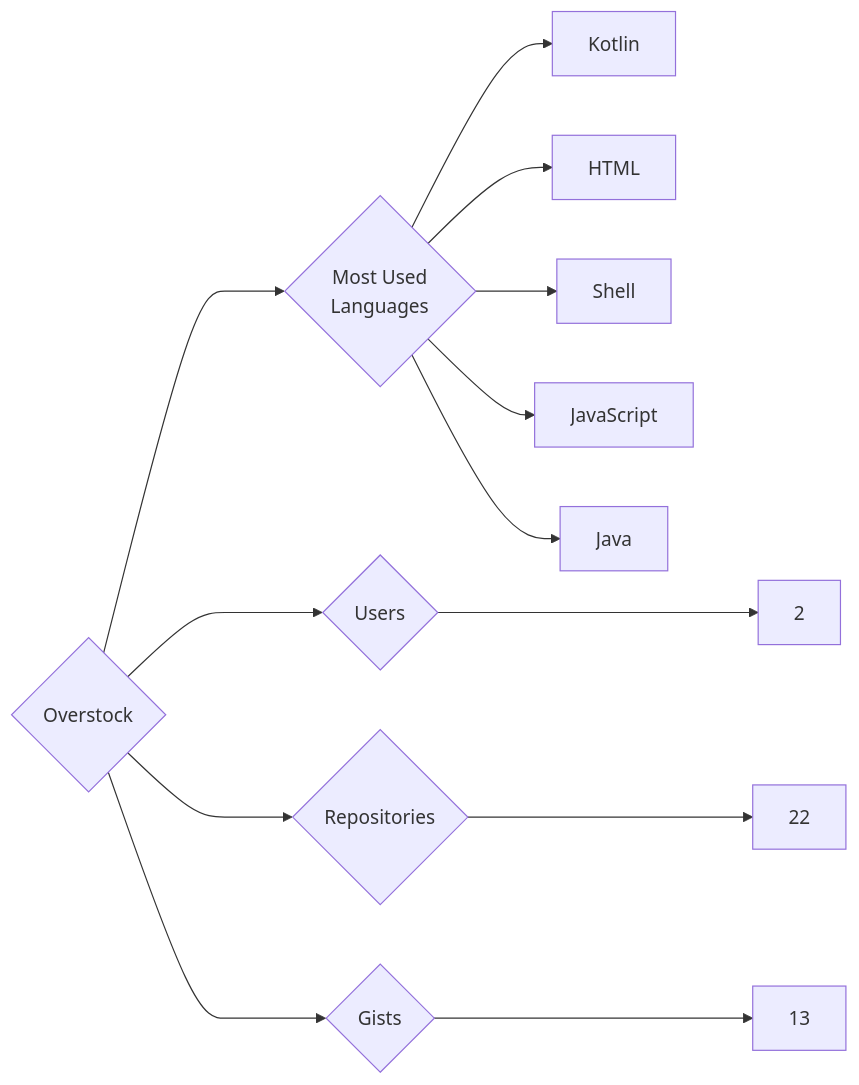
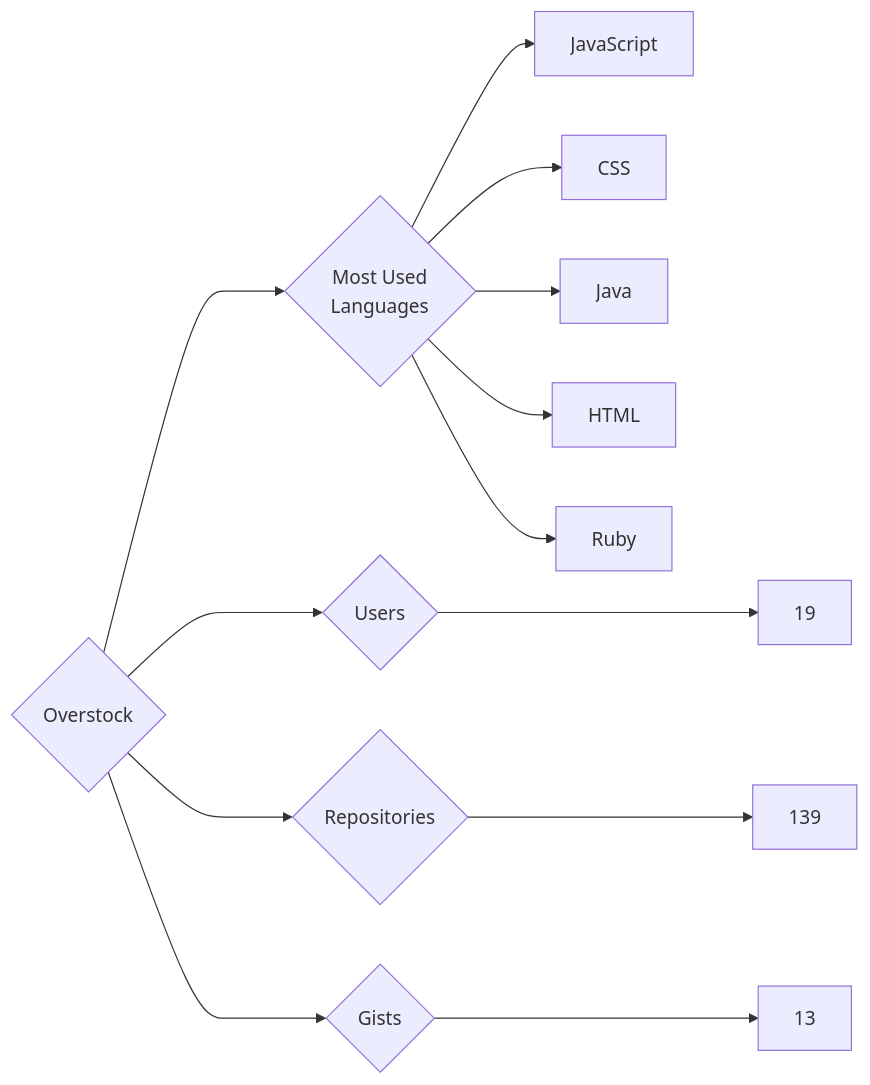
The diagram in targets/Overstock/README.md (trickest/insiders), drawn with Mermaid before and after one commit. The commit also changed 682 other files, not shown here.

````diff
--- a/targets/Overstock/README.md
+++ b/targets/Overstock/README.md
@@ -3,13 +3,13 @@
 ```mermaid
 graph LR
 COMPANY_NAME{Overstock}
-COMPANY_NAME ---> U{Users} ---> UN[2]
-COMPANY_NAME ---> R{Repositories} ---> RN[22]
+COMPANY_NAME ---> U{Users} ---> UN[19]
+COMPANY_NAME ---> R{Repositories} ---> RN[139]
 COMPANY_NAME ---> G{Gists} ---> GN[13]
 COMPANY_NAME ---> ML{Most Used<br>Languages}
-ML --> Kotlin[Kotlin]
+ML --> JavaScript[JavaScript]
+ML --> CSS[CSS]
+ML --> Java[Java]
 ML --> HTML[HTML]
-ML --> Shell[Shell]
-ML --> JavaScript[JavaScript]
-ML --> Java[Java]
+ML --> Ruby[Ruby]
 ```
````
